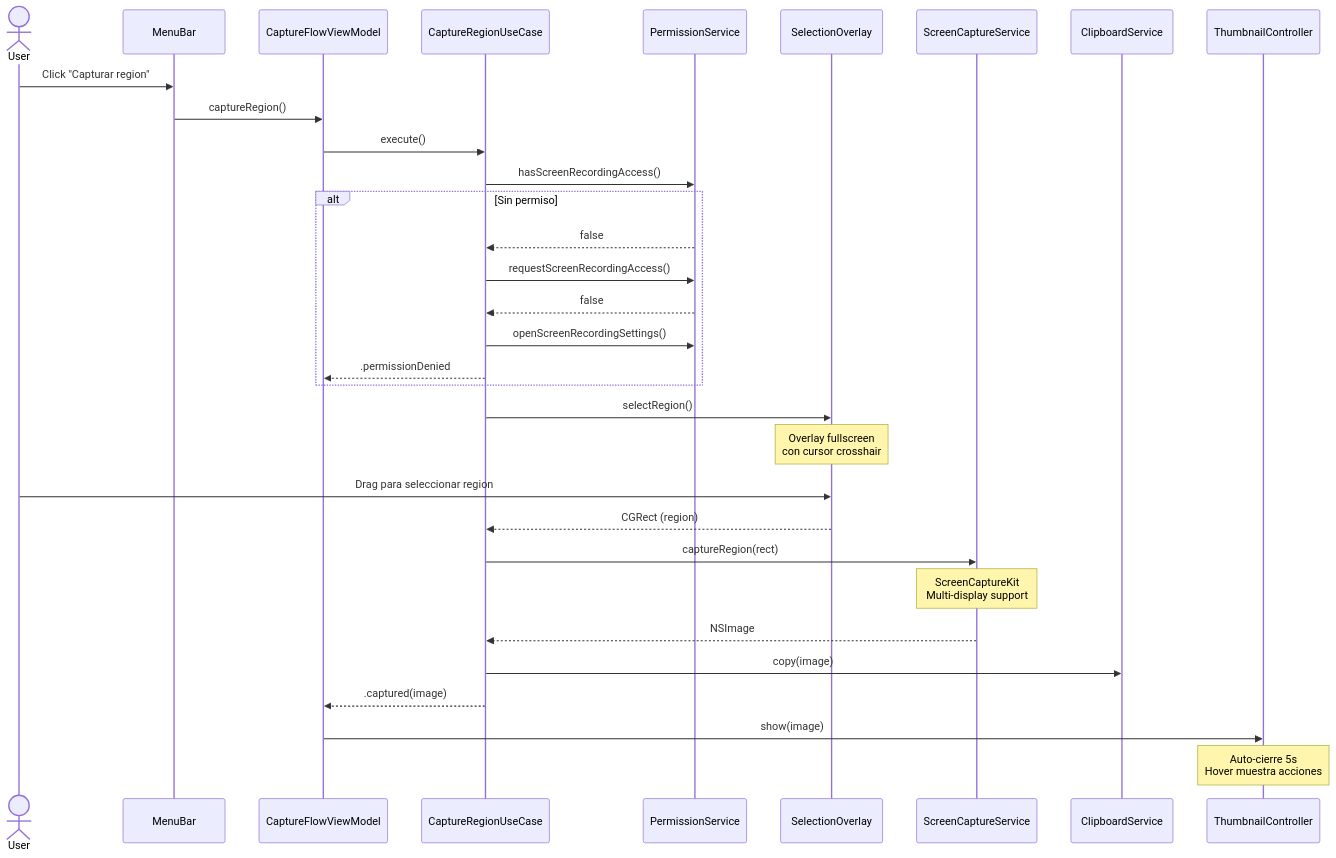
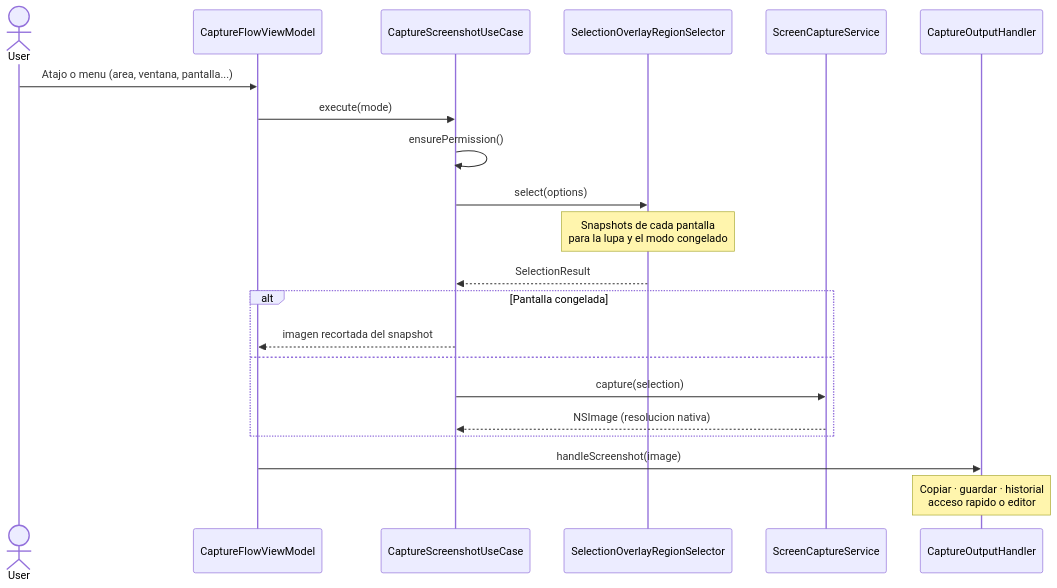
Before and after one commit to Osmait/sb-shot: the second of 3 diagrams in ARCHITECTURE.md, drawn with Mermaid. The commit also changed other lines of this file and 51 other files, not shown here.

First line of the commit message:
Paridad con CleanShot: grabación de pantalla, editor completo, acceso rápido e historial

````diff
--- a/ARCHITECTURE.md
+++ b/ARCHITECTURE.md
@@ -104,40 +102,24 @@
 ```mermaid
 sequenceDiagram
     actor User
-    participant MenuBar
     participant FlowVM as CaptureFlowViewModel
-    participant UseCase as CaptureRegionUseCase
-    participant Perms as PermissionService
-    participant Selection as SelectionOverlay
+    participant UseCase as CaptureScreenshotUseCase
+    participant Selector as SelectionOverlayRegionSelector
     participant Capture as ScreenCaptureService
-    participant Clipboard as ClipboardService
-    participant Thumbnail as ThumbnailController
+    participant Output as CaptureOutputHandler
 
-    User->>MenuBar: Click "Capturar region"
-    MenuBar->>FlowVM: captureRegion()
-    FlowVM->>UseCase: execute()
-
-    UseCase->>Perms: hasScreenRecordingAccess()
-    alt Sin permiso
-        Perms-->>UseCase: false
-        UseCase->>Perms: requestScreenRecordingAccess()
-        Perms-->>UseCase: false
-        UseCase->>Perms: openScreenRecordingSettings()
-        UseCase-->>FlowVM: .permissionDenied
+    User->>FlowVM: Atajo o menu (area, ventana, pantalla...)
+    FlowVM->>UseCase: execute(mode)
+    UseCase->>UseCase: ensurePermission()
+    UseCase->>Selector: select(options)
+    Note over Selector: Snapshots de cada pantalla<br/>para la lupa y el modo congelado
+    Selector-->>UseCase: SelectionResult
+    alt Pantalla congelada
+        UseCase-->>FlowVM: imagen recortada del snapshot
+    else
+        UseCase->>Capture: capture(selection)
+        Capture-->>UseCase: NSImage (resolucion nativa)
     end
-
-    UseCase->>Selection: selectRegion()
-    Note over Selection: Overlay fullscreen<br/>con cursor crosshair
-    User->>Selection: Drag para seleccionar region
-    Selection-->>UseCase: CGRect (region)
-
-    UseCase->>Capture: captureRegion(rect)
-    Note over Capture: ScreenCaptureKit<br/>Multi-display support
-    Capture-->>UseCase: NSImage
-
-    UseCase->>Clipboard: copy(image)
-    UseCase-->>FlowVM: .captured(image)
-
-    FlowVM->>Thumbnail: show(image)
-    Note over Thumbnail: Auto-cierre 5s<br/>Hover muestra acciones
+    FlowVM->>Output: handleScreenshot(image)
+    Note over Output: Copiar · guardar · historial<br/>acceso rapido o editor
 ```
````
